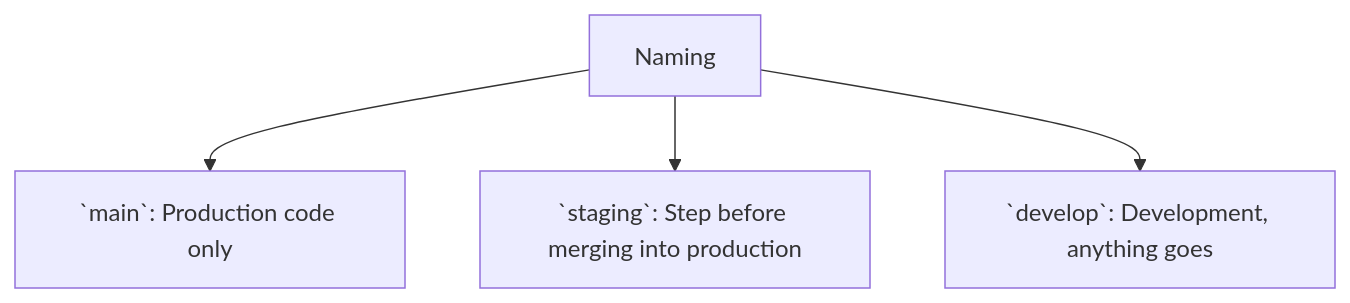
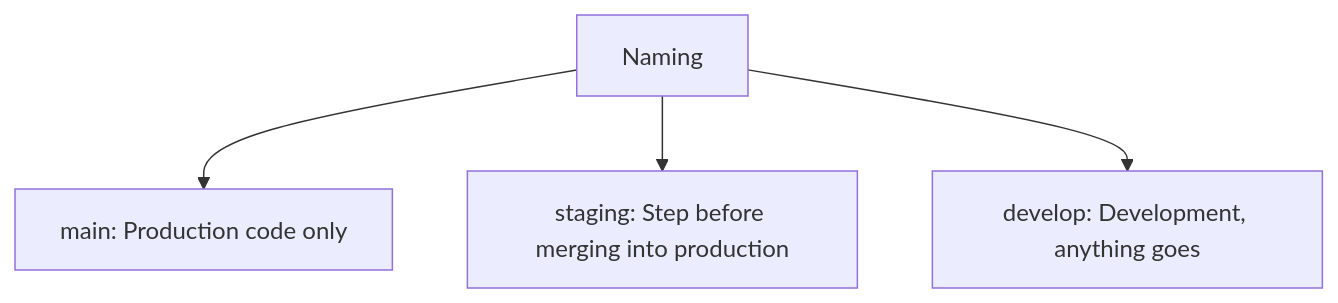
Before and after one commit to BootNodeDev/dAppBooster: the first of 3 diagrams in CONTRIBUTING.md, drawn with Mermaid. The commit also changed other lines of this file, not shown here.

````diff
--- a/CONTRIBUTING.md
+++ b/CONTRIBUTING.md
@@ -20,11 +20,11 @@
 ```mermaid
 graph TD
     A[Naming]
-    A1[`main`: Production code only]
-    A2[`staging`: Step before merging into production]
-    A3[`develop`: Development, anything goes]
+    A1[main: Production code only]
+    A2[staging: Step before merging into production]
+    A3[develop: Development, anything goes]
 
     A --> A1
     A --> A2
     A --> A3
 ```
````
